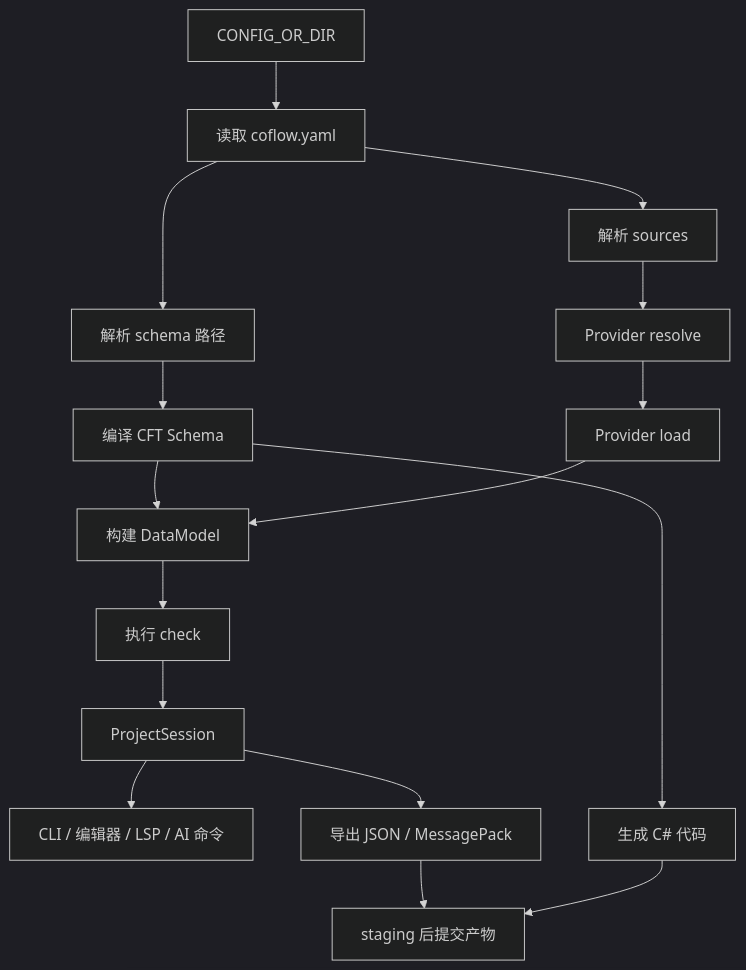
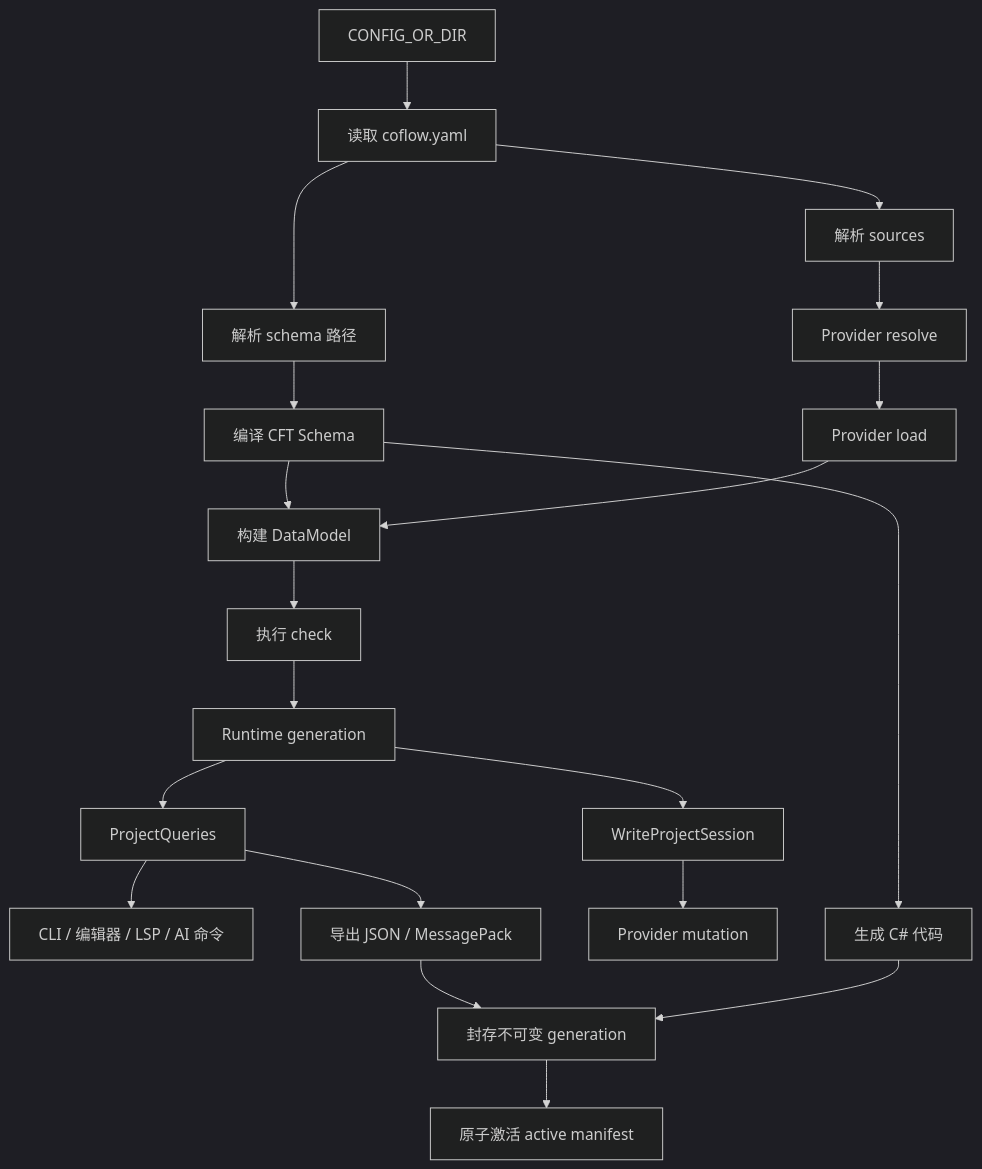
One commit to Puring103/coflow changed the diagram in skills/coflow-workflow/references/project-pipeline.md. Above: the diagram before and after it, drawn with Mermaid (dark theme). The commit also changed other lines of this file and 13 other files, not shown here.

````diff
--- a/skills/coflow-workflow/references/project-pipeline.md
+++ b/skills/coflow-workflow/references/project-pipeline.md
@@ -5,18 +5,22 @@
 ```mermaid
 flowchart TD
   input["CONFIG_OR_DIR"] --> config["读取 coflow.yaml"]
   config --> schemaPaths["解析 schema 路径"]
   schemaPaths --> compile["编译 CFT Schema"]
   config --> sourceConfig["解析 sources"]
   sourceConfig --> resolve["Provider resolve"]
   resolve --> load["Provider load"]
   compile --> model["构建 DataModel"]
   load --> model
   model --> check["执行 check"]
-  check --> session["ProjectSession"]
-  session --> cli["CLI / 编辑器 / LSP / AI 命令"]
-  session --> export["导出 JSON / MessagePack"]
+  check --> generation["Runtime generation"]
+  generation --> queries["ProjectQueries"]
+  generation --> write["WriteProjectSession"]
+  queries --> cli["CLI / 编辑器 / LSP / AI 命令"]
+  queries --> export["导出 JSON / MessagePack"]
+  write --> mutation["Provider mutation"]
   compile --> codegen["生成 C# 代码"]
-  export --> artifacts["staging 后提交产物"]
+  export --> artifacts["封存不可变 generation"]
   codegen --> artifacts
+  artifacts --> manifest["原子激活 active manifest"]
 ```
````
